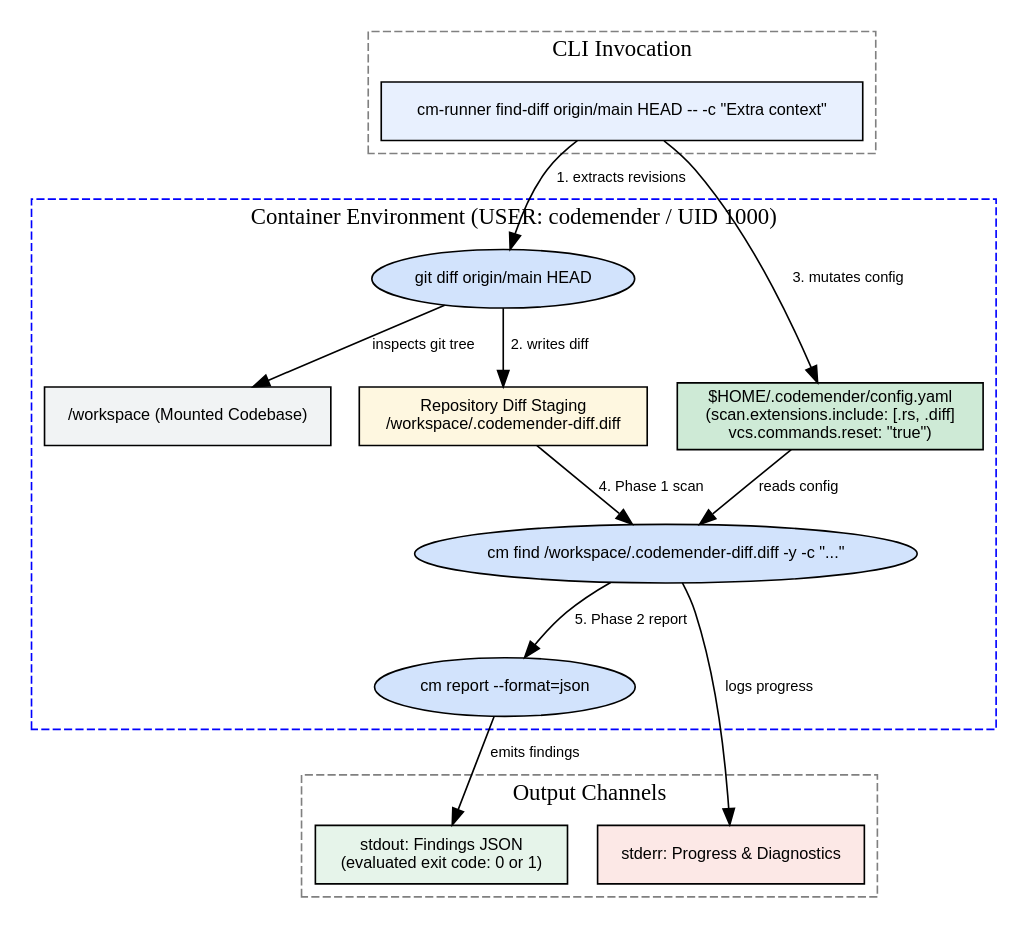
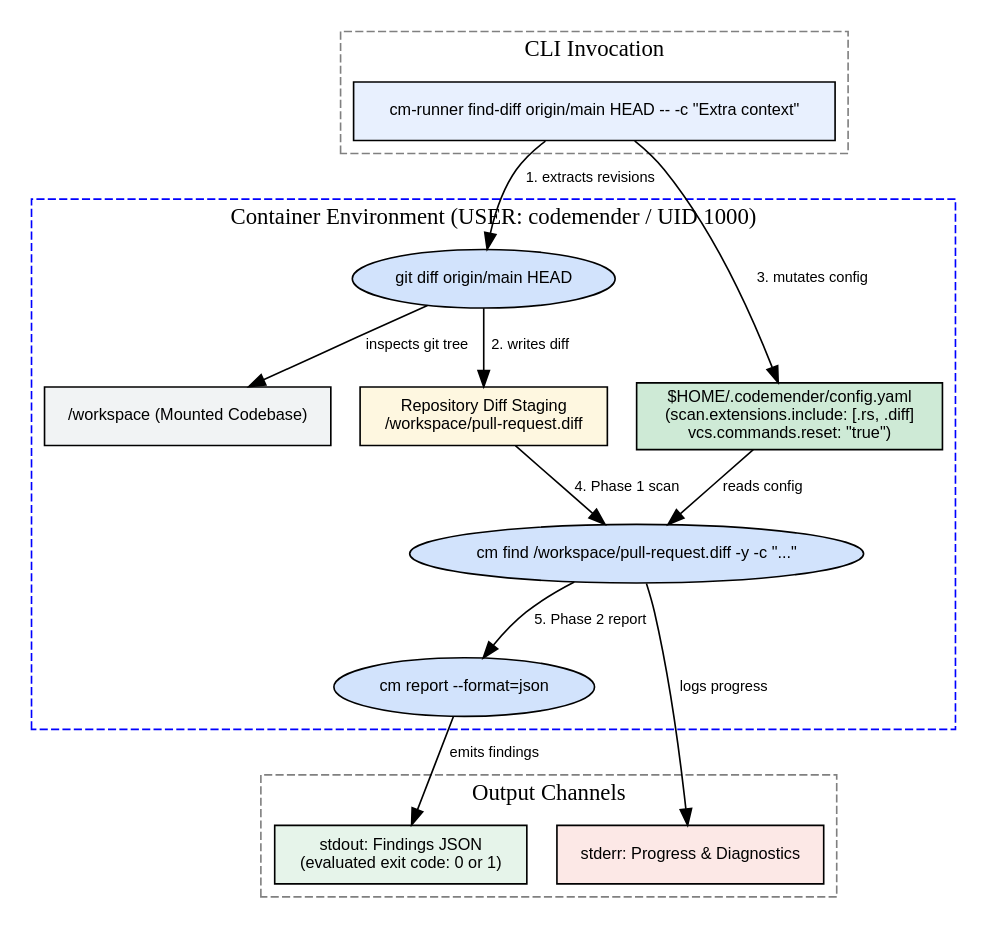
The second of 2 diagrams in adrs/ADR-0007.md (cledoux/cm-connect), drawn with Graphviz before and after one commit. The commit also changed other lines of this file and 6 other files, not shown here.

````diff
--- a/adrs/ADR-0007.md
+++ b/adrs/ADR-0007.md
@@ -245,46 +245,46 @@
 ```dot
 digraph FindDiffArchitecture {
   rankdir=TB;
   node [shape=box, fontname="Helvetica", fontsize=10];
   edge [fontname="Helvetica", fontsize=9];
 
   subgraph cluster_cli {
     label="CLI Invocation";
     style=dashed;
     color=gray;
     Cmd [label="cm-runner find-diff origin/main HEAD -- -c \"Extra context\"", style=filled, fillcolor="#e8f0fe"];
   }
 
   subgraph cluster_container {
     label="Container Environment (USER: codemender / UID 1000)";
     style=dashed;
     color=blue;
 
     Workspace [label="/workspace (Mounted Codebase)", style=filled, fillcolor="#f1f3f4"];
-    WorkspaceDiff [label="Repository Diff Staging\n/workspace/.codemender-diff.diff", style=filled, fillcolor="#fef7e0"];
+    WorkspaceDiff [label="Repository Diff Staging\n/workspace/pull-request.diff", style=filled, fillcolor="#fef7e0"];
     ConfigYAML [label="$HOME/.codemender/config.yaml\n(scan.extensions.include: [.rs, .diff]\nvcs.commands.reset: \"true\")", style=filled, fillcolor="#ceead6"];
     
     GitProc [label="git diff origin/main HEAD", shape=ellipse, style=filled, fillcolor="#d2e3fc"];
-    FindProc [label="cm find /workspace/.codemender-diff.diff -y -c \"...\"", shape=ellipse, style=filled, fillcolor="#d2e3fc"];
+    FindProc [label="cm find /workspace/pull-request.diff -y -c \"...\"", shape=ellipse, style=filled, fillcolor="#d2e3fc"];
     ReportProc [label="cm report --format=json", shape=ellipse, style=filled, fillcolor="#d2e3fc"];
   }
 
   subgraph cluster_outputs {
     label="Output Channels";
     style=dashed;
     color=gray;
     StdoutJSON [label="stdout: Findings JSON\n(evaluated exit code: 0 or 1)", style=filled, fillcolor="#e6f4ea"];
     StderrLogs [label="stderr: Progress & Diagnostics", style=filled, fillcolor="#fce8e6"];
   }
 
   Cmd -> GitProc [label="1. extracts revisions"];
   GitProc -> Workspace [label="inspects git tree"];
   GitProc -> WorkspaceDiff [label="2. writes diff"];
   Cmd -> ConfigYAML [label="3. mutates config"];
   WorkspaceDiff -> FindProc [label="4. Phase 1 scan"];
   ConfigYAML -> FindProc [label="reads config"];
   FindProc -> StderrLogs [label="logs progress"];
   FindProc -> ReportProc [label="5. Phase 2 report"];
   ReportProc -> StdoutJSON [label="emits findings"];
 }
 ```
````
